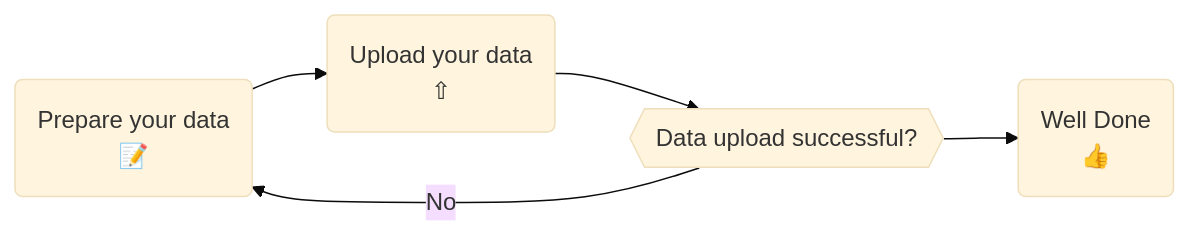
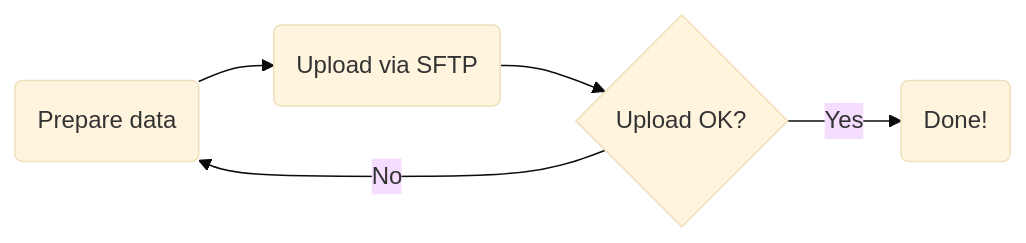
The diagram in docs/rawdata/raw_data_upload.md (qbicsoftware/research-data-management), drawn with Mermaid (base theme) before and after one commit. The commit also changed other lines of this file and 22 other files, not shown here.

````diff
--- a/docs/rawdata/raw_data_upload.md
+++ b/docs/rawdata/raw_data_upload.md
@@ -29,10 +25,7 @@
 ```mermaid
 graph LR
-  A(Prepare your data 
-  📝) --> B(Upload your data
-  ⇧)
-  B --> D{{Data upload successful?}}
-  D -- No --> A
-  D --> F("Well Done 
-  👍")
+    A(Prepare data) --> B(Upload via SFTP)
+    B --> C{Upload OK?}
+    C -- No --> A
+    C -- Yes --> D(Done!)
 ```
````
